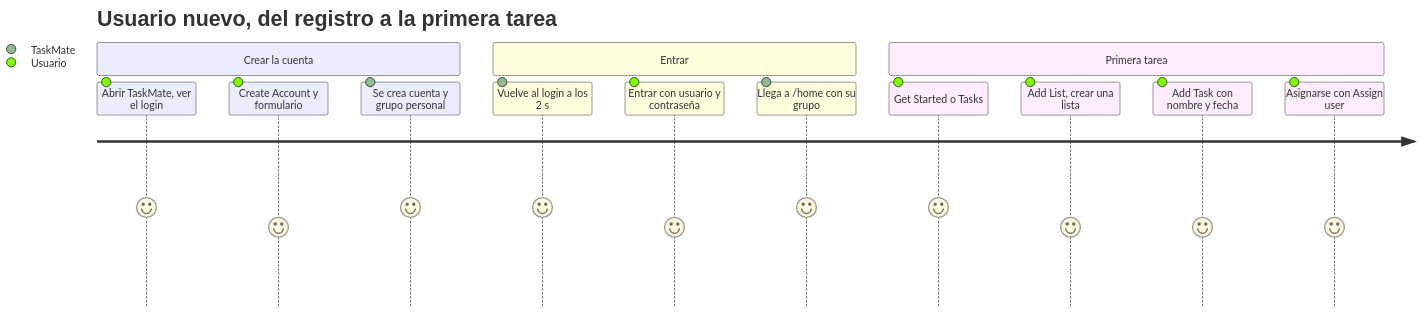
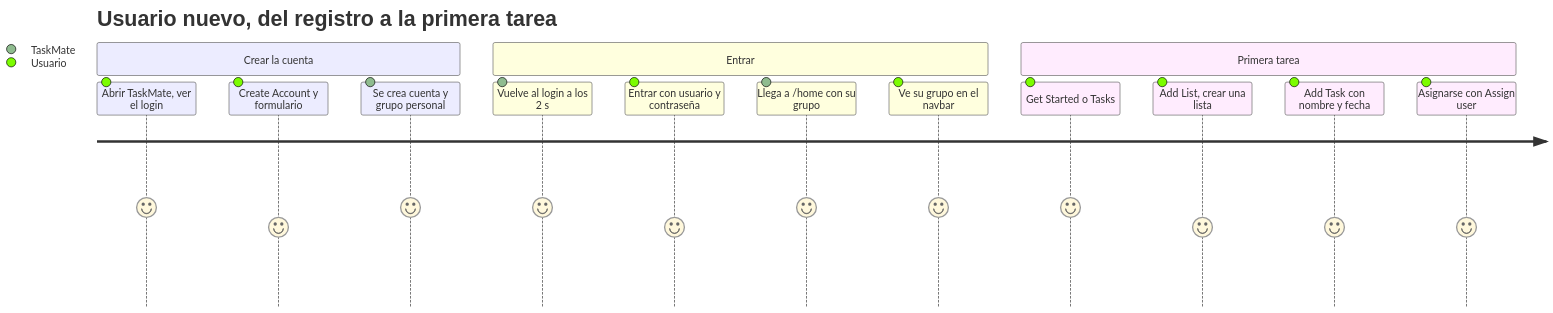
The first of 4 diagrams in documentacion/04-casos-de-uso/00-recorridos-de-usuario.md (PabloP150/proyecto-is-cc6), drawn with Mermaid before and after one commit. The commit also changed other lines of this file and 204 other files, not shown here.

First line of the commit message:
docs: update all documentation, diagrams and PNGs to the test/e2e state

````diff
--- a/documentacion/04-casos-de-uso/00-recorridos-de-usuario.md
+++ b/documentacion/04-casos-de-uso/00-recorridos-de-usuario.md
@@ -18,17 +18,18 @@
 ```mermaid
 journey
     title Usuario nuevo, del registro a la primera tarea
     section Crear la cuenta
       Abrir TaskMate, ver el login: 5: Usuario
       Create Account y formulario: 4: Usuario
       Se crea cuenta y grupo personal: 5: TaskMate
     section Entrar
       Vuelve al login a los 2 s: 5: TaskMate
       Entrar con usuario y contraseña: 4: Usuario
       Llega a /home con su grupo: 5: TaskMate
+      Ve su grupo en el navbar: 5: Usuario
     section Primera tarea
       Get Started o Tasks: 5: Usuario
       Add List, crear una lista: 4: Usuario
       Add Task con nombre y fecha: 4: Usuario
       Asignarse con Assign user: 4: Usuario
 ```
````
